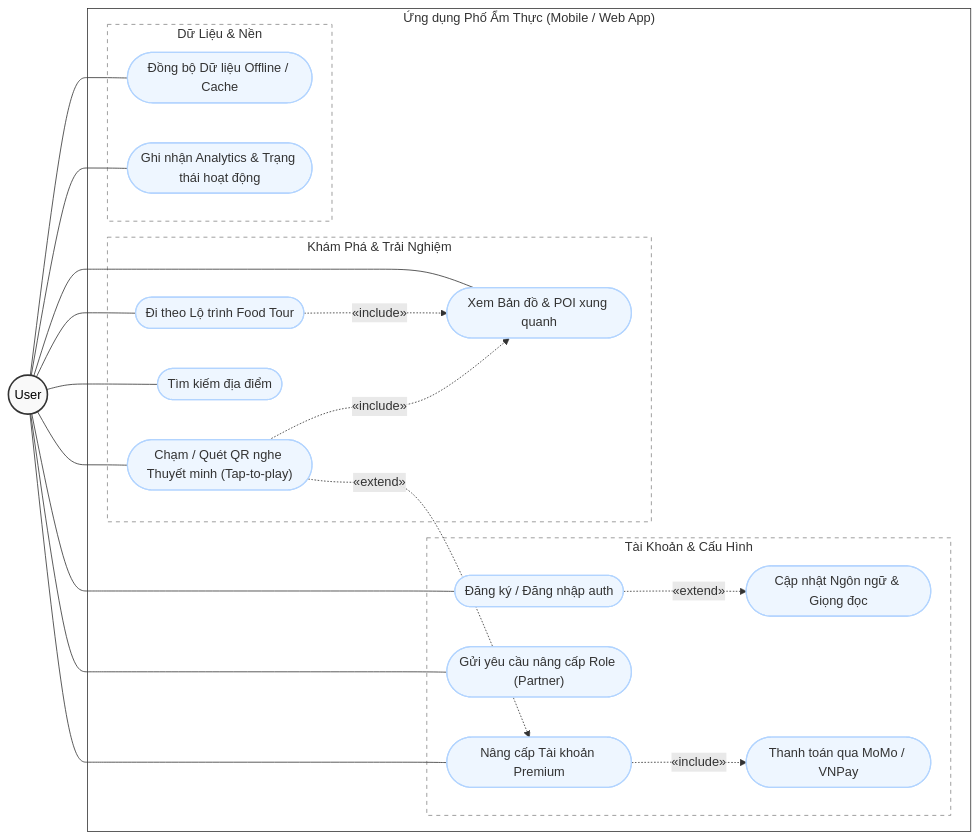
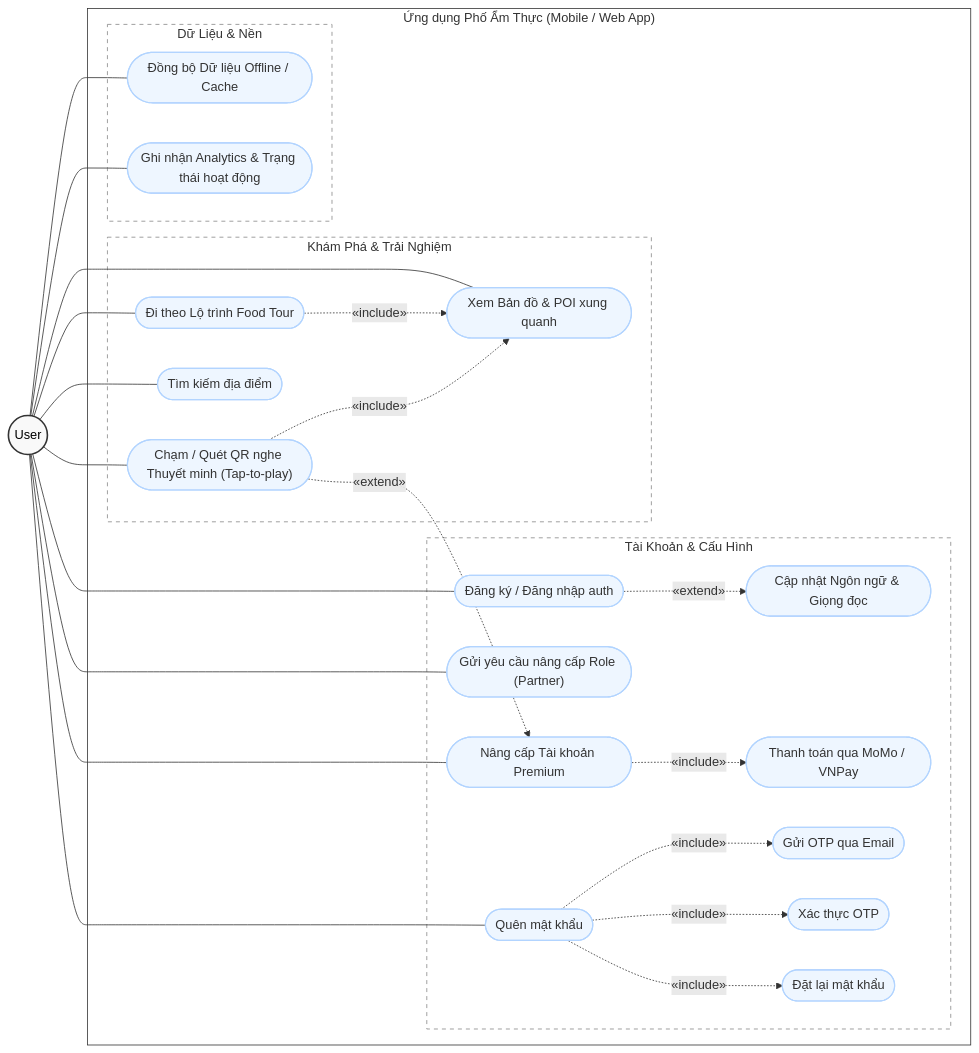
One commit to ngsouthbrother04/PhoAmThuc changed the first of 3 diagrams in docs/diagram-use-case.md. Above: the diagram before and after it, drawn with Mermaid. The commit also changed 3 other files, not shown here.

Commit message:
fix diagrams

````diff
--- a/docs/diagram-use-case.md
+++ b/docs/diagram-use-case.md
@@ -7,57 +7,65 @@
 ```mermaid
 flowchart LR
     %% Actor
     USER(("User"))
 
     subgraph System ["Ứng dụng Phố Ẩm Thực (Mobile / Web App)"]
         
         subgraph Group1 ["Tài Khoản & Cấu Hình"]
             UC1(["Đăng ký / Đăng nhập auth"])
             UC2(["Cập nhật Ngôn ngữ & Giọng đọc"])
             UC3(["Gửi yêu cầu nâng cấp Role (Partner)"])
             UC10(["Nâng cấp Tài khoản Premium"])
             UC11(["Thanh toán qua MoMo / VNPay"])
+            UC12(["Quên mật khẩu"])
+            UC13(["Gửi OTP qua Email"])
+            UC14(["Xác thực OTP"])
+            UC15(["Đặt lại mật khẩu"])
             
             UC1 -. "«extend»" .-> UC2
             UC10 -. "«include»" .-> UC11
+            UC12 -. "«include»" .-> UC13
+            UC12 -. "«include»" .-> UC14
+            UC12 -. "«include»" .-> UC15
         end
 
         subgraph Group2 ["Khám Phá & Trải Nghiệm"]
             UC4(["Xem Bản đồ & POI xung quanh"])
             UC5(["Chạm / Quét QR nghe Thuyết minh (Tap-to-play)"])
             UC6(["Đi theo Lộ trình Food Tour"])
             UC7(["Tìm kiếm địa điểm"])
             
             UC5 -. "«include»" .-> UC4
             UC6 -. "«include»" .-> UC4
             UC5 -. "«extend»" .-> UC10
         end
 
         subgraph Group3 ["Dữ Liệu & Nền"]
             UC8(["Đồng bộ Dữ liệu Offline / Cache"])
             UC9(["Ghi nhận Analytics & Trạng thái hoạt động"])
         end
     end
 
     %% Connections
     USER --- UC1
     USER --- UC3
     USER --- UC4
     USER --- UC5
     USER --- UC6
     USER --- UC7
     USER --- UC8
     USER --- UC9
     USER --- UC10
+    USER --- UC12
 
     %% Styling matches the reference image
     classDef actor fill:#f9f9f9,stroke:#333,stroke-width:2px,color:#000
     classDef usecase fill:#EEF6FF,stroke:#B2D4FF,stroke-width:1.5px,color:#333
     class USER actor
-    class UC1,UC2,UC3,UC4,UC5,UC6,UC7,UC8,UC9,UC10,UC11 usecase
+    class UC1,UC2,UC3,UC4,UC5,UC6,UC7,UC8,UC9,UC10,UC11,UC12,UC13,UC14,UC15 usecase
     
     style System fill:transparent,stroke:#333,stroke-width:1px,color:#333
     style Group1 fill:transparent,stroke:#888,stroke-width:1px,color:#333,stroke-dasharray: 5 5
     style Group2 fill:transparent,stroke:#888,stroke-width:1px,color:#333,stroke-dasharray: 5 5
     style Group3 fill:transparent,stroke:#888,stroke-width:1px,color:#333,stroke-dasharray: 5 5
 ```
````
